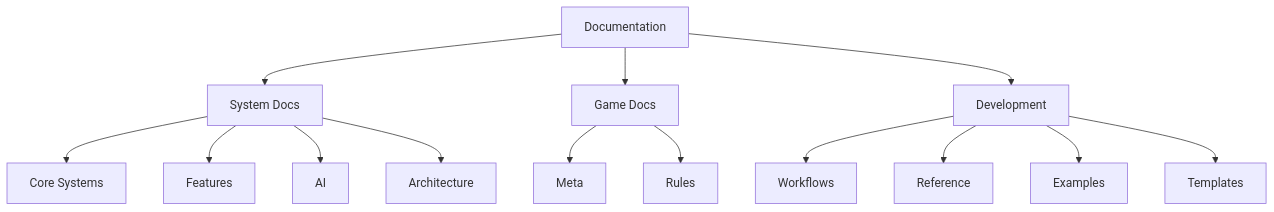
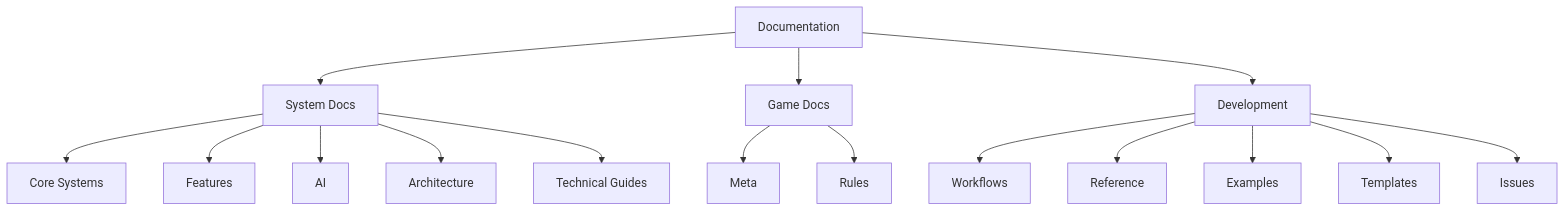
Before and after one commit to jerseycheese/BootHillGM: the diagram in Docs/index.md, drawn with Mermaid. The commit also changed other lines of this file and 85 other files, not shown here.

````diff
--- a/Docs/index.md
+++ b/Docs/index.md
@@ -88,16 +98,18 @@
 ```mermaid
 graph TD
     A[Documentation] --> B[System Docs]
     A --> C[Game Docs]
     A --> D[Development]
     B --> E[Core Systems]
     B --> F[Features]
     B --> G[AI]
     B --> H[Architecture]
+    B --> O[Technical Guides]
     C --> I[Meta]
     C --> J[Rules]
     D --> K[Workflows]
     D --> L[Reference]
     D --> M[Examples]
     D --> N[Templates]
+    D --> P[Issues]
 ```
````
